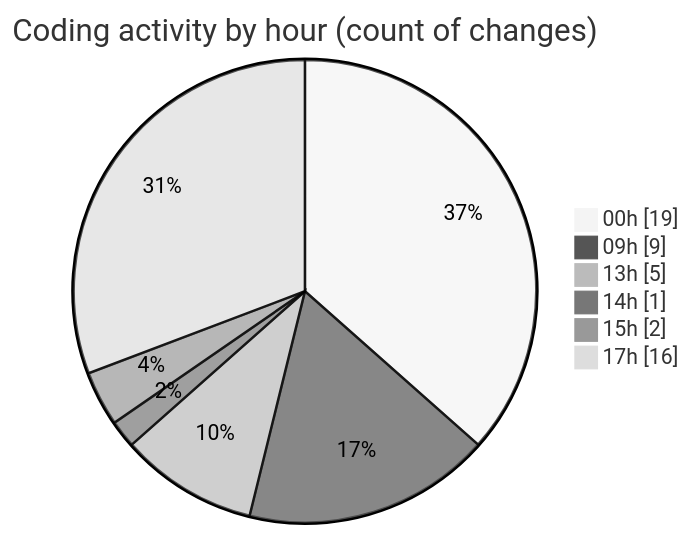
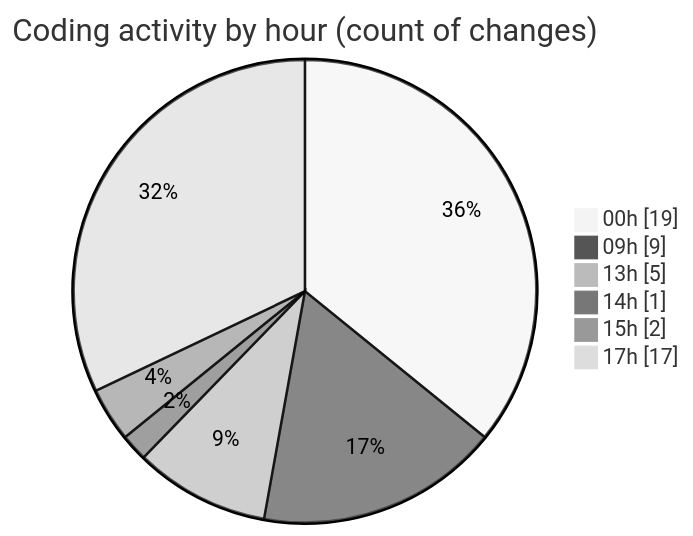
The second of 2 diagrams in 2025-08-12/ribbon/README.md (EIIisD/code-tracking), drawn with Mermaid (neutral theme) before and after one commit. The commit also changed other lines of this file and 1 other file, not shown here.

````diff
--- a/2025-08-12/ribbon/README.md
+++ b/2025-08-12/ribbon/README.md
@@ -49,10 +49,10 @@
 ```mermaid
 pie showData
 title Coding activity by hour (count of changes)
 "00h" : 19
 "09h" : 9
 "13h" : 5
 "14h" : 1
 "15h" : 2
-"17h" : 16
+"17h" : 17
 ```
````
